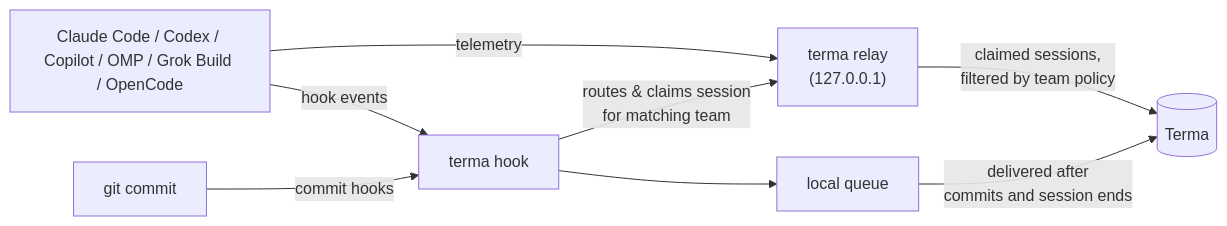
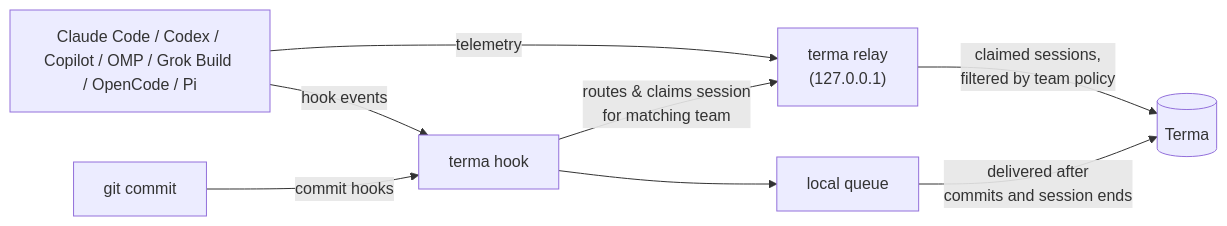
One commit to miradorlabs/terma-cli changed the diagram in README.md. Above: the diagram before and after it, drawn with Mermaid. The commit also changed other lines of this file and 30 other files, not shown here.

````diff
--- a/README.md
+++ b/README.md
@@ -106,10 +107,10 @@
 ```mermaid
 flowchart LR
-  agent["Claude Code / Codex / Copilot / OMP / Grok Build / OpenCode"] -- "telemetry" --> relay["terma relay<br/>(127.0.0.1)"]
+  agent["Claude Code / Codex / Copilot / OMP / Grok Build / OpenCode / Pi"] -- "telemetry" --> relay["terma relay<br/>(127.0.0.1)"]
   agent -- "hook events" --> hook["terma hook"]
   git["git commit"] -- "commit hooks" --> hook
   hook -- "routes & claims session<br/>for matching team" --> relay
   hook --> queue["local queue"]
   relay -- "claimed sessions,<br/>filtered by team policy" --> terma[("Terma")]
   queue -- "delivered after<br/>commits and session ends" --> terma
 ```
````
